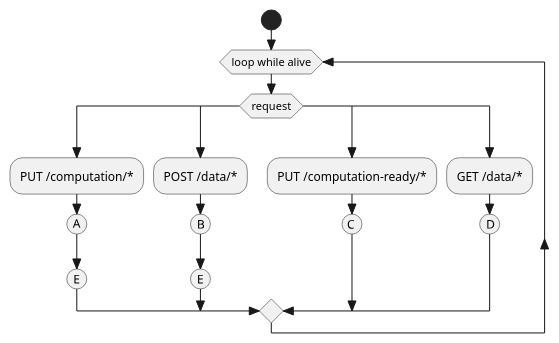
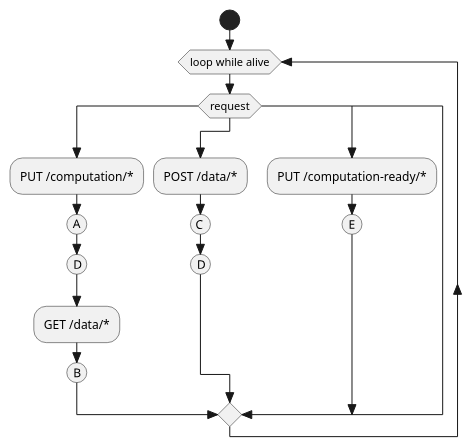
One commit to jcai849/thesis changed the diagram in img/workerops.puml. Above: the diagram before and after it, drawn with PlantUML. The commit also changed 16 other files, not shown here.

```diff
--- a/img/workerops.puml
+++ b/img/workerops.puml
@@ -1,27 +1,27 @@
 @startuml
 skinparam monochrome true
 skinparam shadowing false
 skinparam style strictuml
 
 start
 while (loop while alive)
 switch (request)
 case ( )
 :PUT /computation/*;
 (A)
+(D)
+:GET /data/*;
+(B)
+case ( )
+:POST /data/*;
+(C)
+(D)
+case ( )
+:PUT /computation-ready/*;
 (E)
 case ( )
-:POST /data/*;
-(B)
-(E)
-case ( )
-:PUT /computation-ready/*;
-(C)
-case ( )
-:GET /data/*;
-(D)
 endswitch
 endwhile
 -[hidden]->
 detach
 @enduml
```
